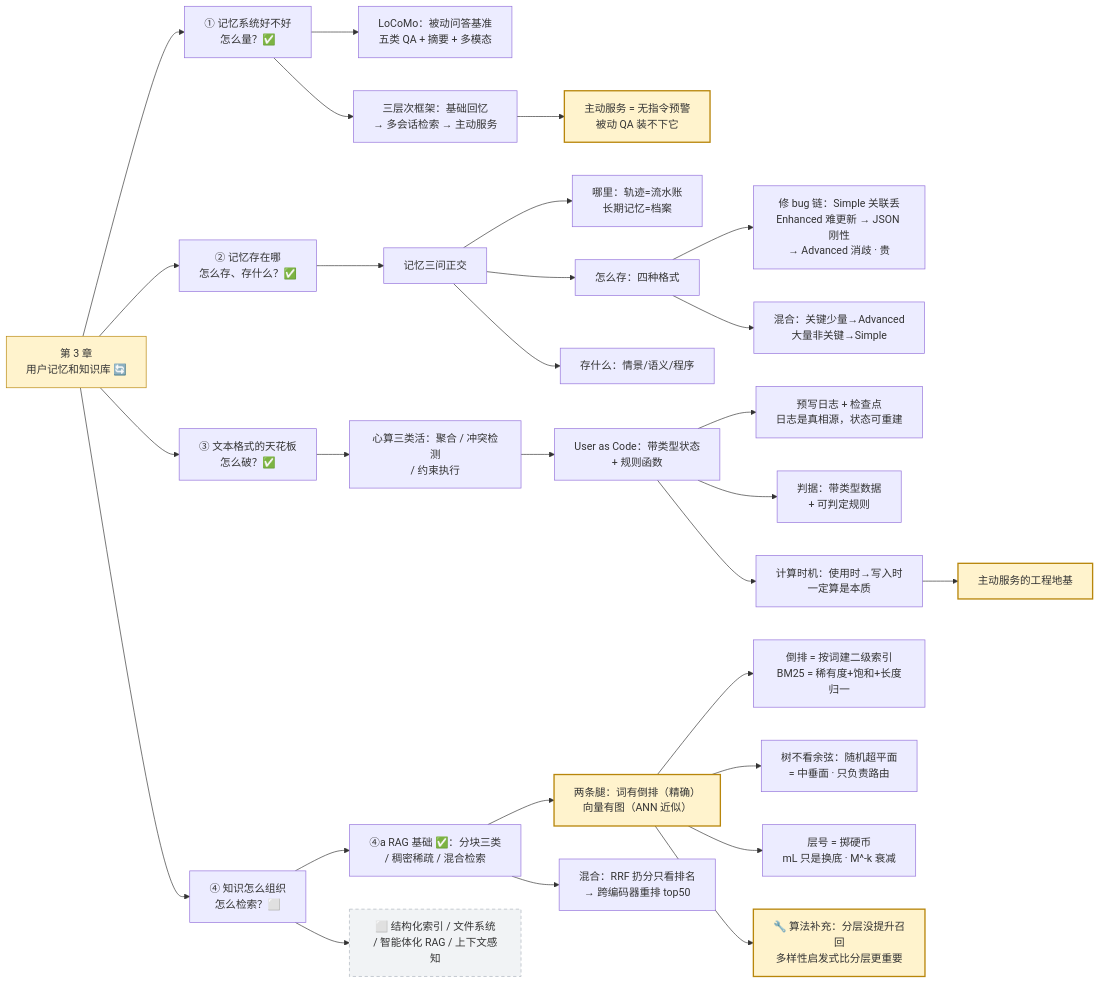
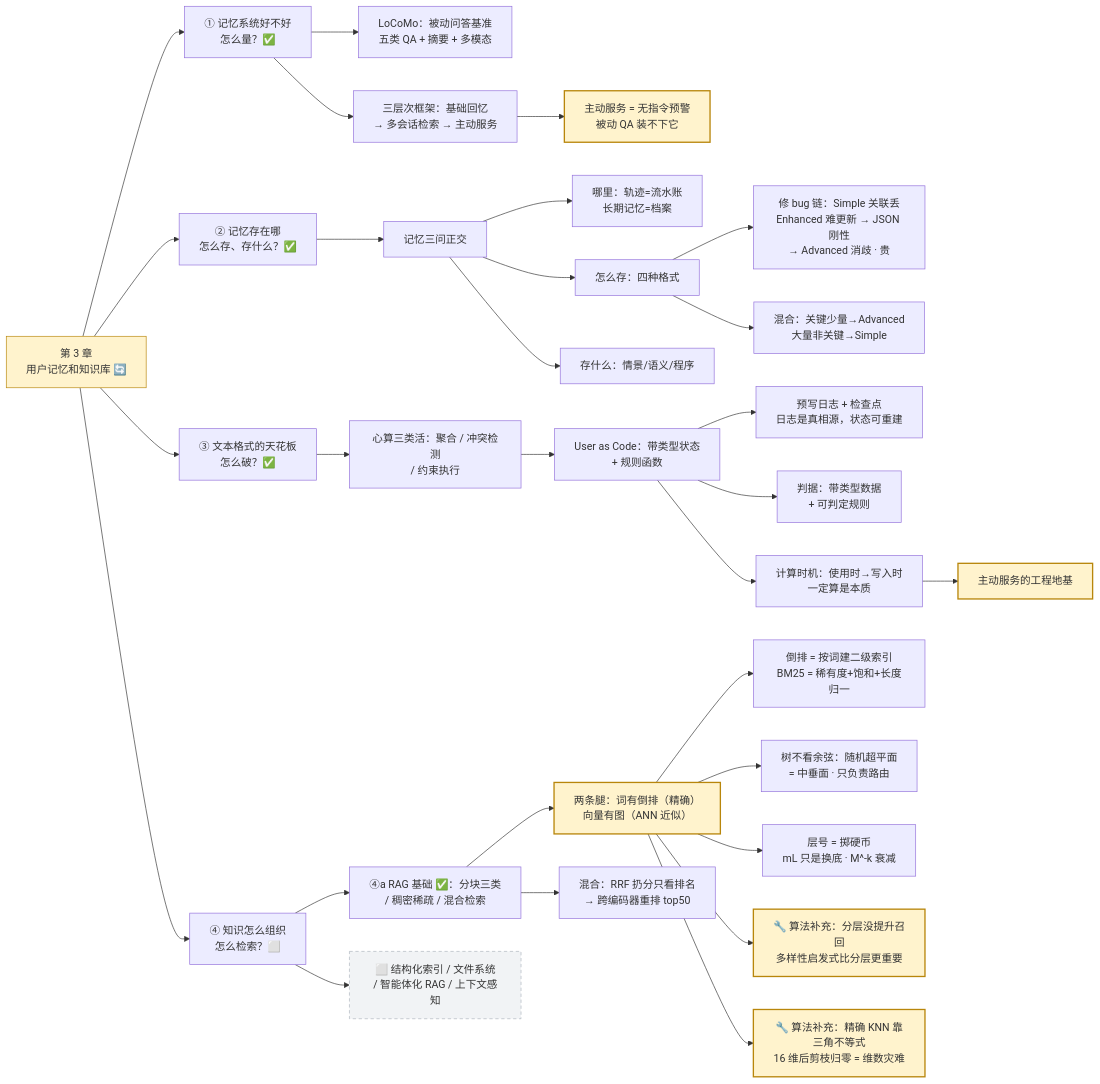
One commit to dongxuanmang/dongxuanmang.github.io changed the fourth of 4 diagrams in source/agent-book/index.md. Above: the diagram before and after it, drawn with Mermaid. The commit also changed other lines of this file and 4 other files, not shown here.

```diff
--- a/source/agent-book/index.md
+++ b/source/agent-book/index.md
@@ -153,42 +153,44 @@
 {% mermaid %}
 graph LR
     CH3["第 3 章<br/>用户记忆和知识库 🔄"] --> Q1["① 记忆系统好不好<br/>怎么量？✅"]
     CH3 --> Q2["② 记忆存在哪<br/>怎么存、存什么？✅"]
     CH3 --> Q3["③ 文本格式的天花板<br/>怎么破？✅"]
     CH3 --> Q4["④ 知识怎么组织<br/>怎么检索？⬜"]
 
     Q1 --> A1["LoCoMo：被动问答基准<br/>五类 QA + 摘要 + 多模态"]
     Q1 --> A2["三层次框架：基础回忆<br/>→ 多会话检索 → 主动服务"]
     A2 --> A3["主动服务 = 无指令预警<br/>被动 QA 装不下它"]
 
     Q2 --> B1["记忆三问正交"]
     B1 --> B11["哪里：轨迹=流水账<br/>长期记忆=档案"]
     B1 --> B12["怎么存：四种格式"]
     B1 --> B13["存什么：情景/语义/程序"]
     B12 --> B14["修 bug 链：Simple 关联丢<br/>Enhanced 难更新 → JSON 刚性<br/>→ Advanced 消歧 · 贵"]
     B12 --> B15["混合：关键少量→Advanced<br/>大量非关键→Simple"]
 
     Q3 --> C1["心算三类活：聚合 / 冲突检测<br/>/ 约束执行"]
     C1 --> C2["User as Code：带类型状态<br/>+ 规则函数"]
     C2 --> C3["预写日志 + 检查点<br/>日志是真相源，状态可重建"]
     C2 --> C4["判据：带类型数据<br/>+ 可判定规则"]
     C2 --> C5["计算时机：使用时→写入时<br/>一定算是本质"]
     C5 --> C6["主动服务的工程地基"]
 
     Q4 --> D1["④a RAG 基础 ✅：分块三类<br/>/ 稠密稀疏 / 混合检索"]
     Q4 --> D2["⬜ 结构化索引 / 文件系统<br/>/ 智能体化 RAG / 上下文感知"]
 
     D1 --> D11["两条腿：词有倒排（精确）<br/>向量有图（ANN 近似）"]
     D11 --> D12["倒排 = 按词建二级索引<br/>BM25 = 稀有度+饱和+长度归一"]
     D11 --> D13["树不看余弦：随机超平面<br/>= 中垂面 · 只负责路由"]
     D11 --> D15["层号 = 掷硬币<br/>mL 只是换底 · M^-k 衰减"]
     D11 --> D16["🔧 算法补充：分层没提升召回<br/>多样性启发式比分层更重要"]
+    D11 --> D17["🔧 算法补充：精确 KNN 靠三角不等式<br/>16 维后剪枝归零 = 维数灾难"]
     D1 --> D14["混合：RRF 扔分只看排名<br/>→ 跨编码器重排 top50"]
 
     style CH3 fill:#fff3cd,stroke:#b8860b
     style A3 fill:#fff3cd,stroke:#b8860b,stroke-width:2px
     style C6 fill:#fff3cd,stroke:#b8860b,stroke-width:2px
     style D11 fill:#fff3cd,stroke:#b8860b,stroke-width:2px
     style D16 fill:#fff3cd,stroke:#b8860b,stroke-width:2px
+    style D17 fill:#fff3cd,stroke:#b8860b,stroke-width:2px
     style D2 fill:#f1f3f5,stroke:#adb5bd,stroke-dasharray:5 4
 {% endmermaid %}
```
